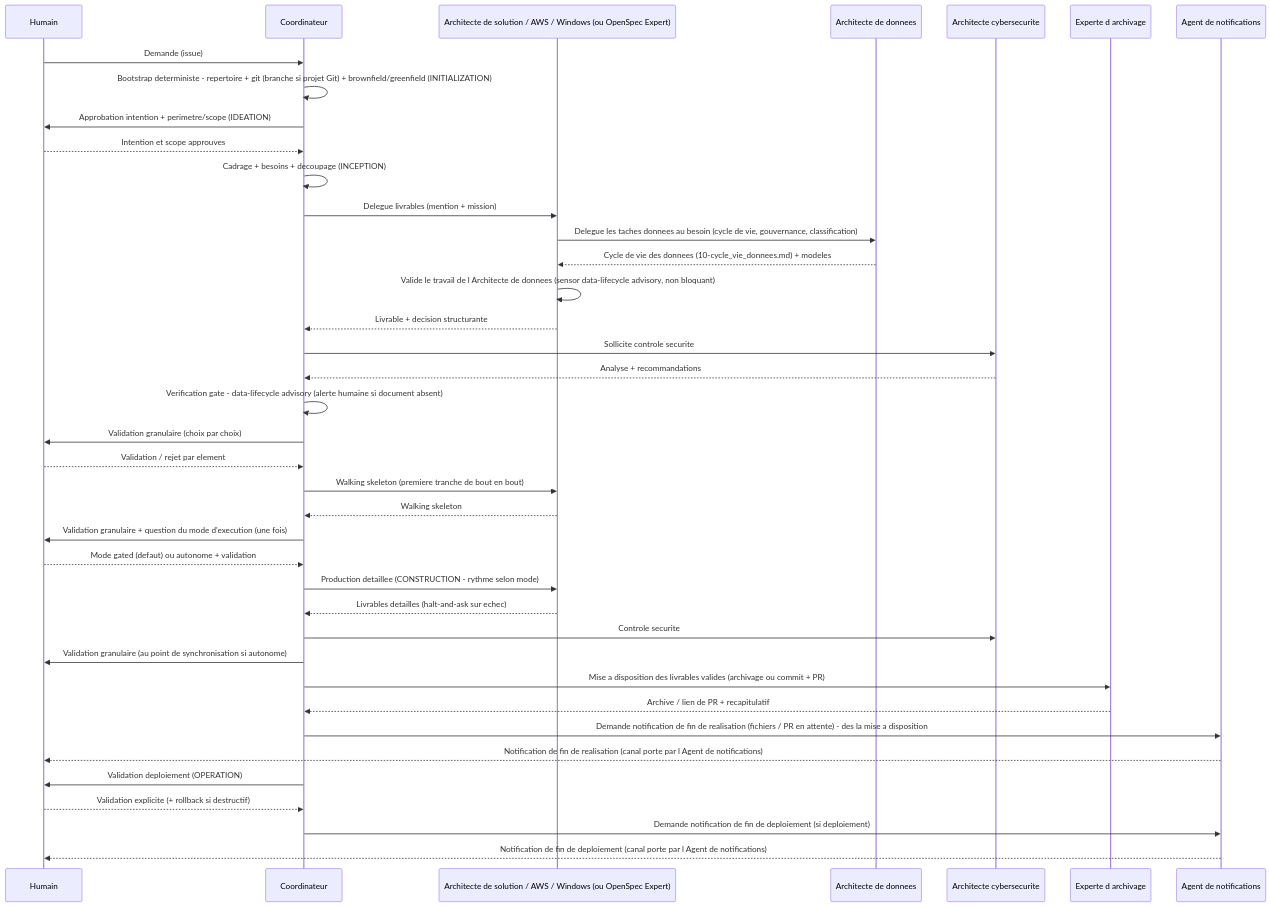
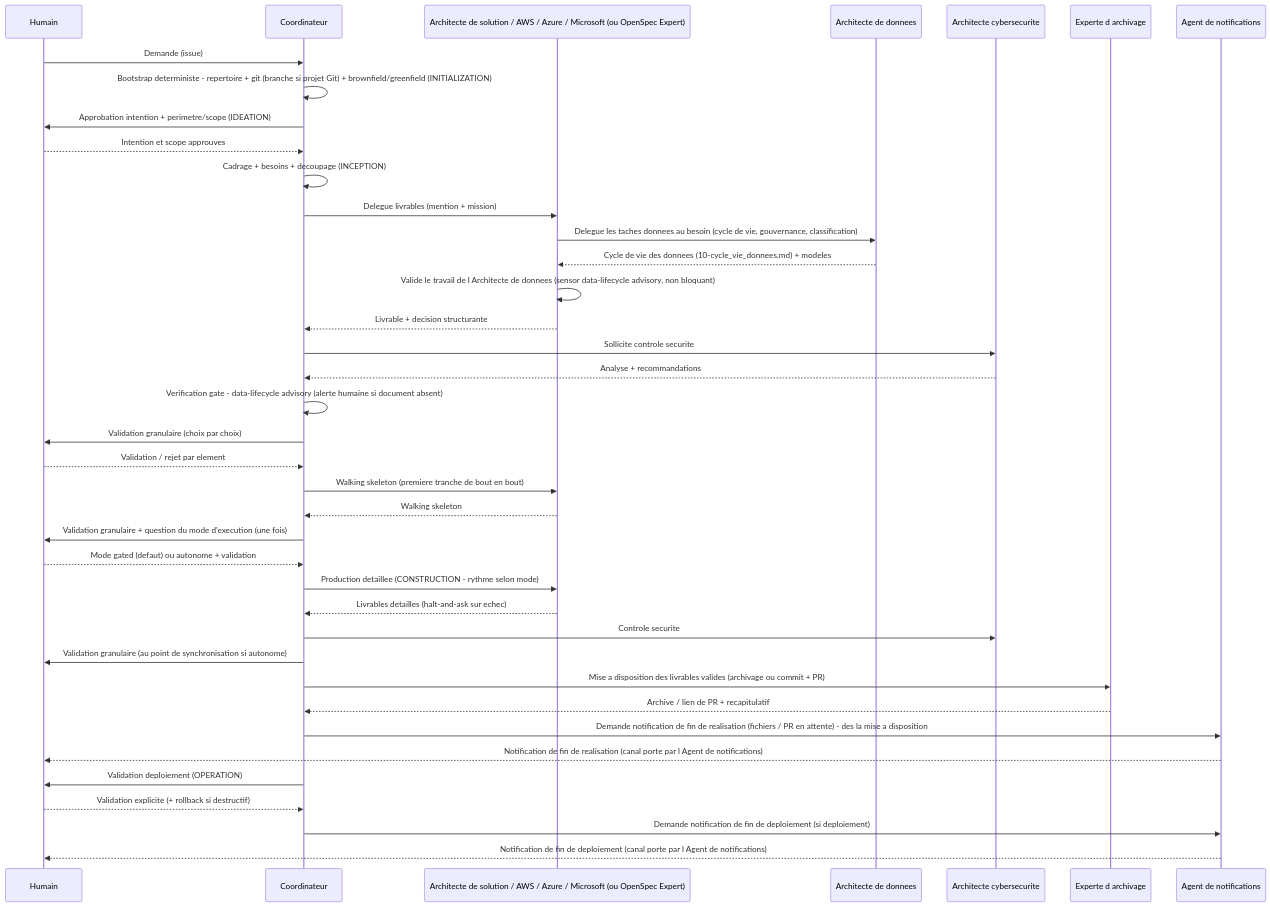
Before and after one commit to Gsyltc/homelab-portfolio: the second of 2 diagrams in core/common/conductor.md, drawn with Mermaid. The commit also changed 29 other files, not shown here.

First line of the commit message:
Ajout Architecte Azure + skill azure-solution-architect; Infrastructure Windows inchangée

````diff
--- a/core/common/conductor.md
+++ b/core/common/conductor.md
@@ -188,42 +188,42 @@
 ```mermaid
 sequenceDiagram
     participant H as Humain
     participant S as Coordinateur
-    participant A as Architecte de solution / AWS / Windows (ou OpenSpec Expert)
+    participant A as Architecte de solution / AWS / Azure / Microsoft (ou OpenSpec Expert)
     participant D as Architecte de donnees
     participant X as Architecte cybersecurite
     participant N as Experte d archivage
     participant AL as Agent de notifications
 
     H->>S: Demande (issue)
     S->>S: Bootstrap deterministe - repertoire + git (branche si projet Git) + brownfield/greenfield (INITIALIZATION)
     S->>H: Approbation intention + perimetre/scope (IDEATION)
     H-->>S: Intention et scope approuves
     S->>S: Cadrage + besoins + decoupage (INCEPTION)
     S->>A: Delegue livrables (mention + mission)
     A->>D: Delegue les taches donnees au besoin (cycle de vie, gouvernance, classification)
     D-->>A: Cycle de vie des donnees (10-cycle_vie_donnees.md) + modeles
     A->>A: Valide le travail de l Architecte de donnees (sensor data-lifecycle advisory, non bloquant)
     A-->>S: Livrable + decision structurante
     S->>X: Sollicite controle securite
     X-->>S: Analyse + recommandations
     S->>S: Verification gate - data-lifecycle advisory (alerte humaine si document absent)
     S->>H: Validation granulaire (choix par choix)
     H-->>S: Validation / rejet par element
     S->>A: Walking skeleton (premiere tranche de bout en bout)
     A-->>S: Walking skeleton
     S->>H: Validation granulaire + question du mode d'execution (une fois)
     H-->>S: Mode gated (defaut) ou autonome + validation
     S->>A: Production detaillee (CONSTRUCTION - rythme selon mode)
     A-->>S: Livrables detailles (halt-and-ask sur echec)
     S->>X: Controle securite
     S->>H: Validation granulaire (au point de synchronisation si autonome)
     S->>N: Mise a disposition des livrables valides (archivage ou commit + PR)
     N-->>S: Archive / lien de PR + recapitulatif
     S->>AL: Demande notification de fin de realisation (fichiers / PR en attente) - des la mise a disposition
     AL-->>H: Notification de fin de realisation (canal porte par l Agent de notifications)
     S->>H: Validation deploiement (OPERATION)
     H-->>S: Validation explicite (+ rollback si destructif)
     S->>AL: Demande notification de fin de deploiement (si deploiement)
     AL-->>H: Notification de fin de deploiement (canal porte par l Agent de notifications)
 ```
````
